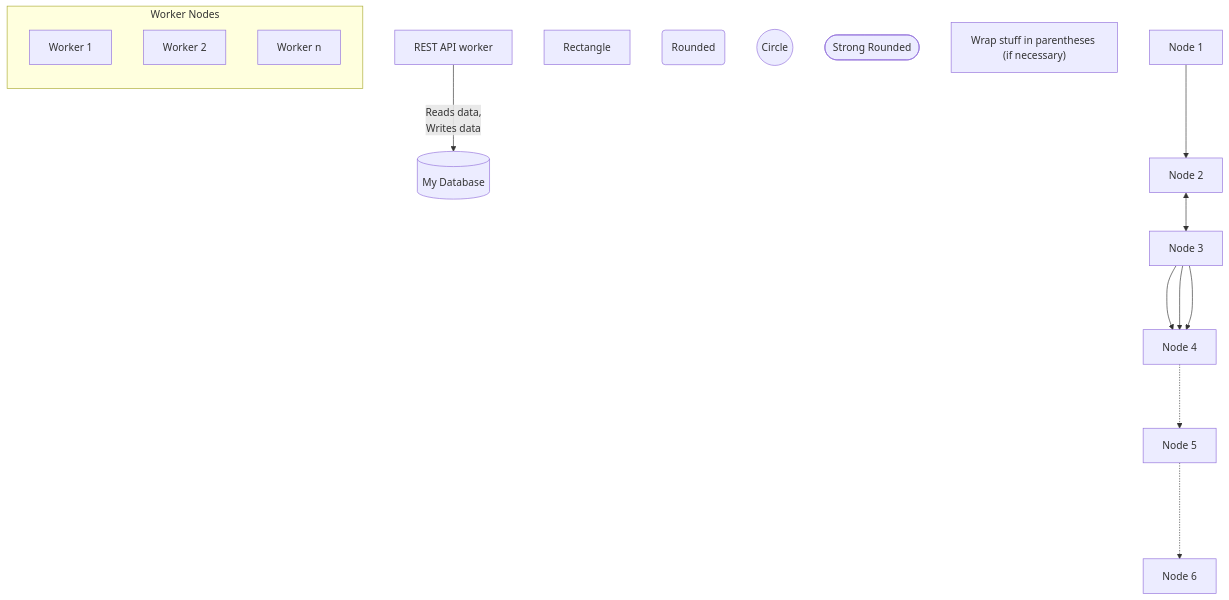
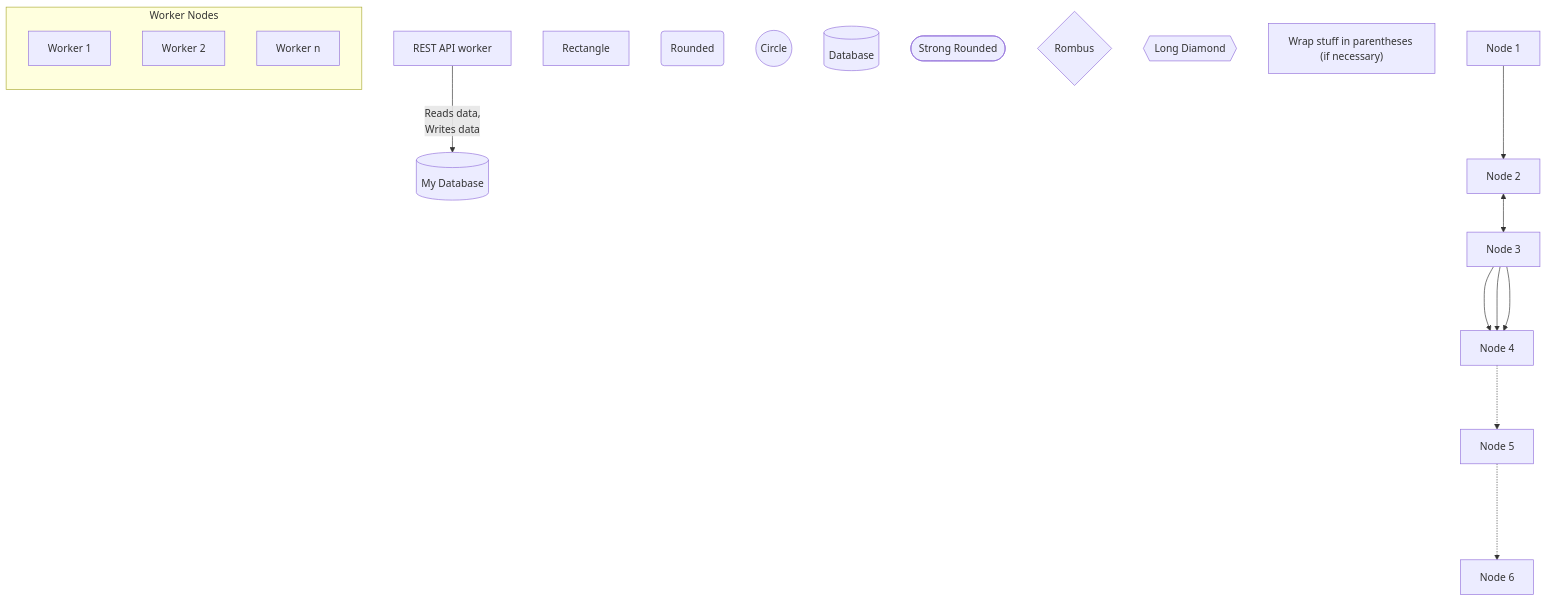
Before and after one commit to langenhagen/protofiles: the first of 2 diagrams in mermaid_proto.md, drawn with Mermaid.

Commit message:
Extend mermaid_proto.md

````diff
--- a/mermaid_proto.md
+++ b/mermaid_proto.md
@@ -6,45 +6,47 @@
 ```mermaid
 %% Ima comment
 
 %% top-down
 graph TB
 %% TB - top bottom
 %% BT - bottom top
 %% RL - right left
 %% LR - left right
 %% TD - same as TB
 
 API[REST API worker]
 DB[(My Database)]
 API -->|Reads data,\nWrites data| DB
 
 A1[Rectangle]
 A2(Rounded)
 A3((Circle))
 A4[(Database)]
-A4([Strong Rounded])
+A5([Strong Rounded])
+A6{Rombus}
+A7{{Long Diamond}}
 
 B1["Wrap stuff in parentheses (if necessary)"]
 
 subgraph W[Worker Nodes]
     direction TB  %% apparently, TD does not work in directions
     W1[Worker 1]
     W2[Worker 2]
     Wn[Worker n]
 end
 
 N1[Node 1]:::This_is_a_description_dont_know_what_its_good_for
 N2[Node 2]
 N3[Node 3]
 N4[Node 4]
 N5[Node 5]
 N6[Node 6]
 
 N1 --> N2
 N2 <--> N3
 N3 ---> N4
 N3 ---> N4
 N3 ---> N4
 N4 -..-> N5
 N5 ...-> N6
 ```
````
